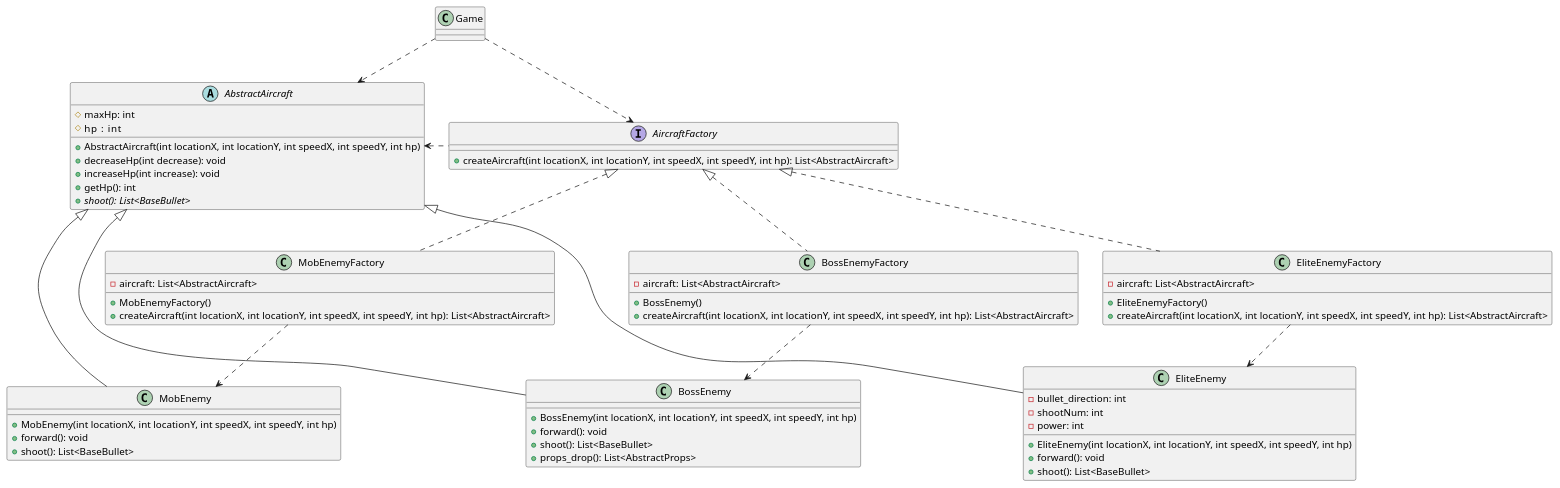
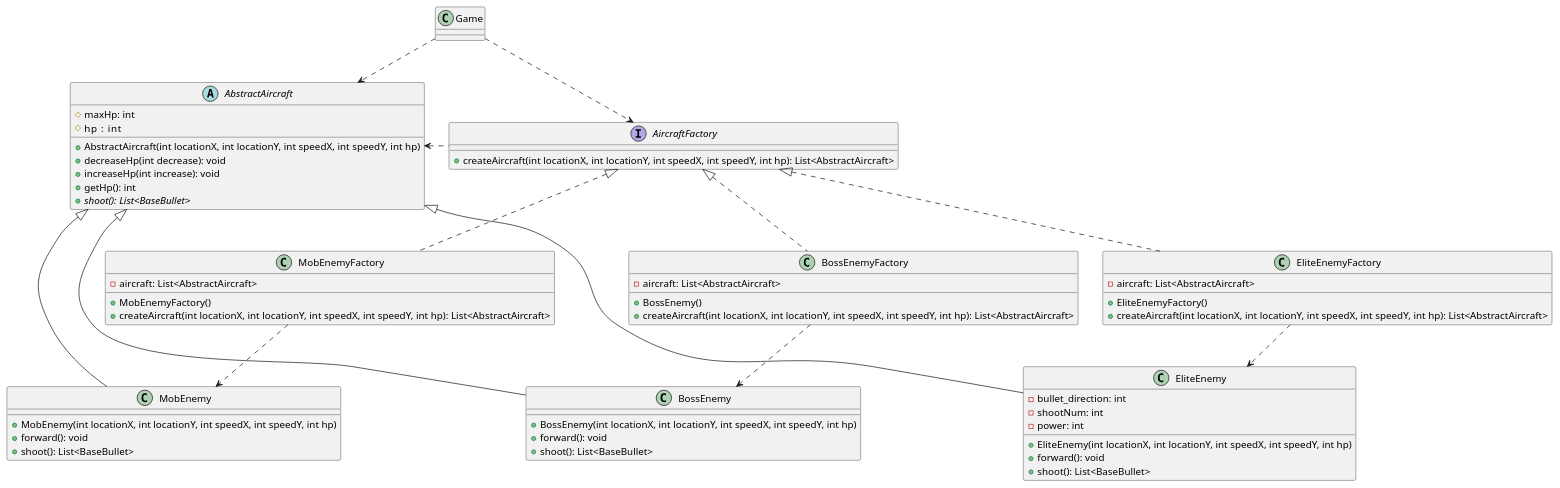
Before and after one commit to Pockern/AircraftWar: the diagram in uml/aircraftFactory.puml, drawn with PlantUML. The commit also changed 11 other files, not shown here.

```diff
--- a/uml/aircraftFactory.puml
+++ b/uml/aircraftFactory.puml
@@ -1,83 +1,74 @@
 @startuml
 'https://plantuml.com/class-diagram
 
 Game ..> AircraftFactory
 Game ..> AbstractAircraft
 
 AircraftFactory .left.> AbstractAircraft
-
-'AircraftFactory <|.. MobEnemyFactory
-'AircraftFactory <|.. EliteEnemyFactory
-'AircraftFactory <|.. BossEnemyFactory
-'
-'AbstractAircraft <|-- MobEnemy
-'AbstractAircraft <|-- EliteEnemy
-'AbstractAircraft <|-- BossEnemy
 
 MobEnemyFactory   ..> MobEnemy
 EliteEnemyFactory ..> EliteEnemy
 BossEnemyFactory  ..> BossEnemy
 
 class Game {
 
 }
 
 interface AircraftFactory {
     + createAircraft(int locationX, int locationY, int speedX, int speedY, int hp): List<AbstractAircraft>
 }
 
 class MobEnemyFactory implements AircraftFactory {
     - aircraft: List<AbstractAircraft>
     + MobEnemyFactory()
     + createAircraft(int locationX, int locationY, int speedX, int speedY, int hp): List<AbstractAircraft>
 }
 
 class EliteEnemyFactory implements AircraftFactory {
     - aircraft: List<AbstractAircraft>
     + EliteEnemyFactory()
     + createAircraft(int locationX, int locationY, int speedX, int speedY, int hp): List<AbstractAircraft>
 }
 
 class BossEnemyFactory implements AircraftFactory {
     - aircraft: List<AbstractAircraft>
     + BossEnemy()
     + createAircraft(int locationX, int locationY, int speedX, int speedY, int hp): List<AbstractAircraft>
 }
 
 abstract class AbstractAircraft {
     # maxHp: int
     # hp   : int
 
     + AbstractAircraft(int locationX, int locationY, int speedX, int speedY, int hp)
     + decreaseHp(int decrease): void
     + increaseHp(int increase): void
     + getHp(): int
     + {abstract} shoot(): List<BaseBullet>
 }
 
 class MobEnemy extends AbstractAircraft {
 
     + MobEnemy(int locationX, int locationY, int speedX, int speedY, int hp)
     + forward(): void
     + shoot(): List<BaseBullet>
 }
 
 class EliteEnemy extends AbstractAircraft {
     - bullet_direction: int
     - shootNum: int
     - power: int
 
     + EliteEnemy(int locationX, int locationY, int speedX, int speedY, int hp)
     + forward(): void
     + shoot(): List<BaseBullet>
 }
 
 class BossEnemy extends AbstractAircraft {
 
     + BossEnemy(int locationX, int locationY, int speedX, int speedY, int hp)
     + forward(): void
     + shoot(): List<BaseBullet>
-    + props_drop(): List<AbstractProps>
 }
 
 @enduml
```
